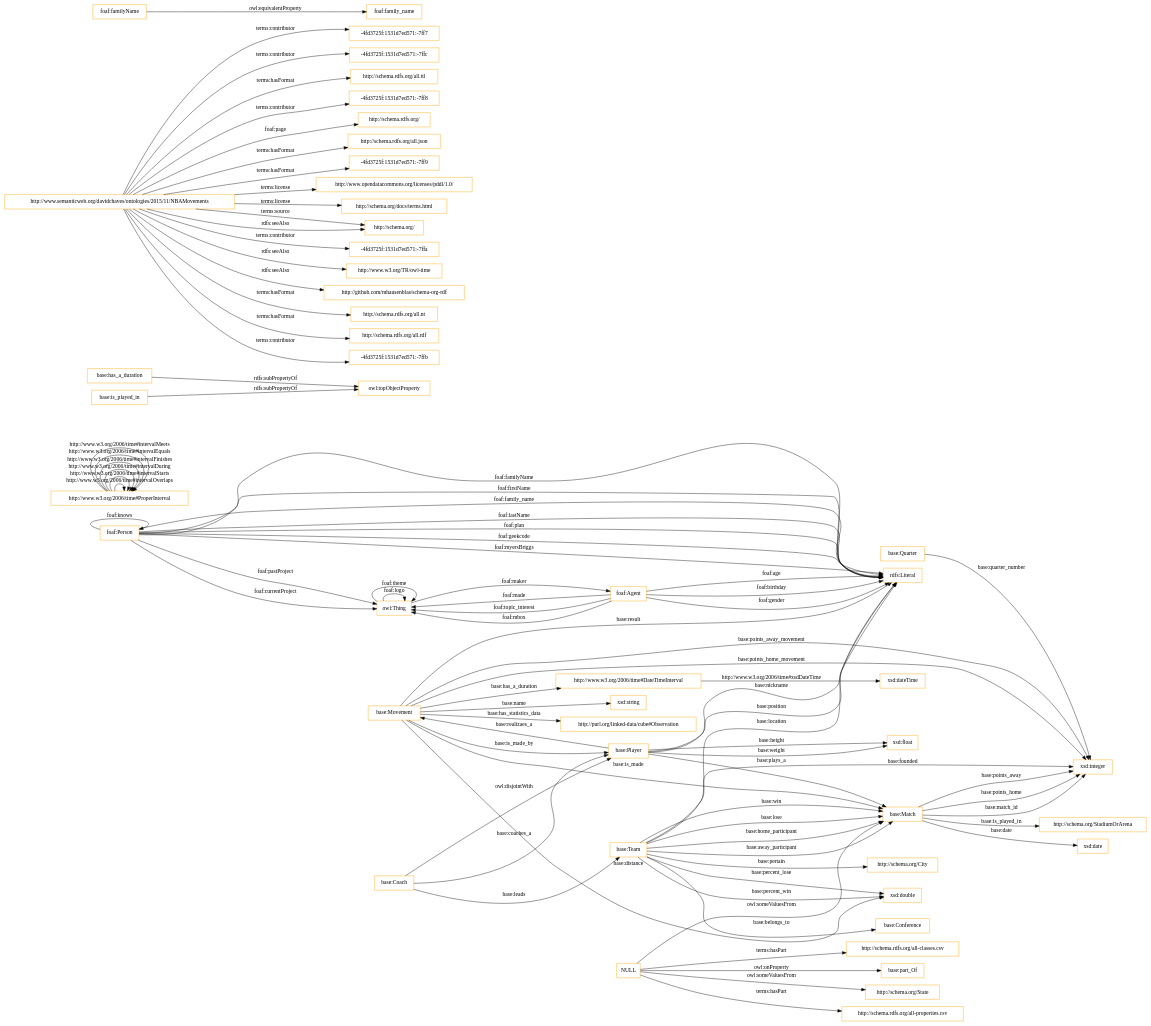
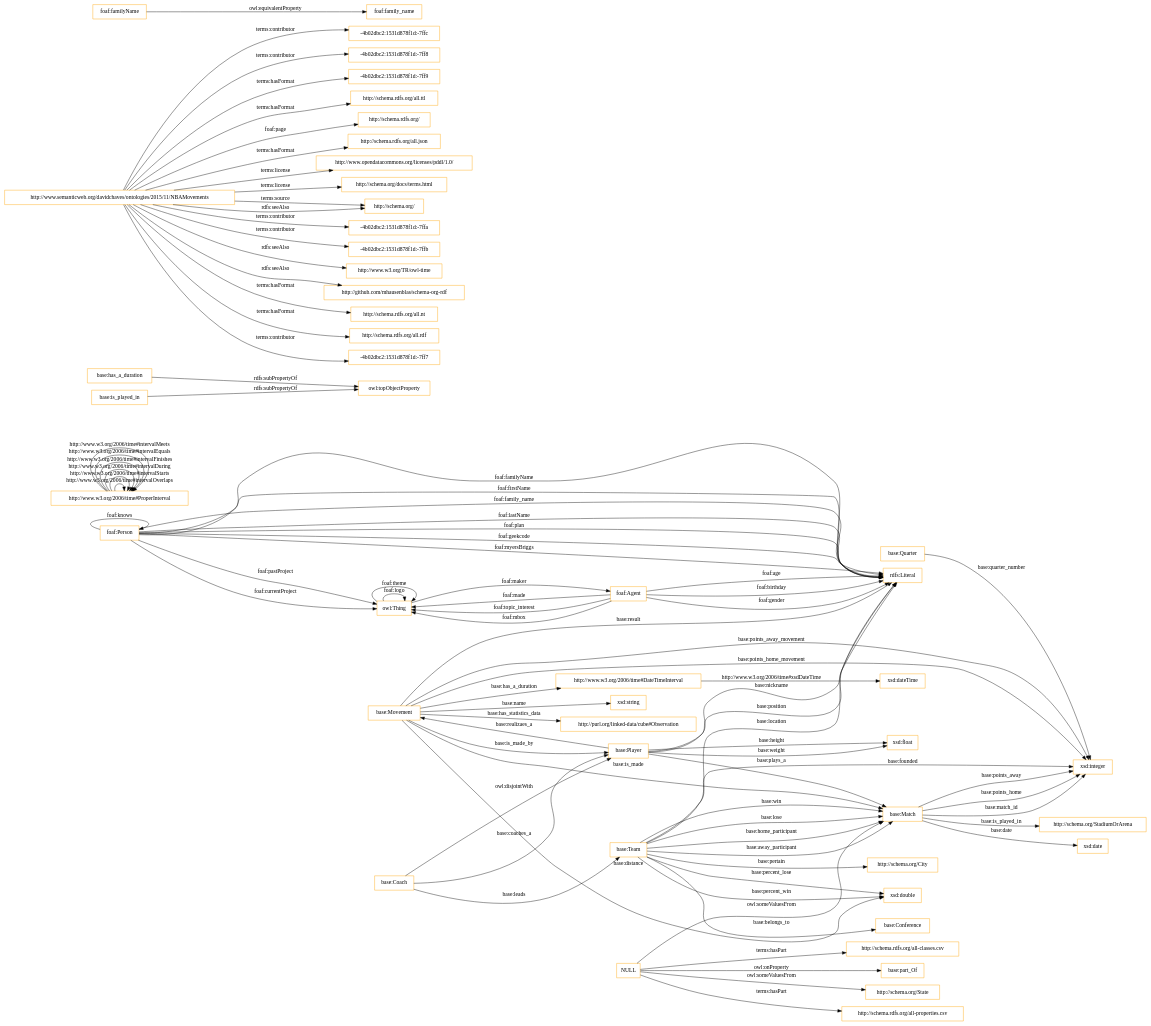
One commit to OnToologyUser/NBAMovements changed the diagram in OnToology/NBAMovementsv2.owl/diagrams/ar2dtool-class/NBAMovementsv2.owl.png.dot. Above: the diagram before and after it, drawn with Graphviz. The commit also changed 4 other files, not shown here.

```diff
--- a/OnToology/NBAMovementsv2.owl/diagrams/ar2dtool-class/NBAMovementsv2.owl.png.dot
+++ b/OnToology/NBAMovementsv2.owl/diagrams/ar2dtool-class/NBAMovementsv2.owl.png.dot
@@ -1,91 +1,91 @@
 digraph ar2dtool_diagram { 
 rankdir=LR;
 size="1501"
 node [shape = rectangle, color="orange"]; "http://www.w3.org/2006/time#DateTimeInterval" "base:Team" "base:Coach" "http://www.w3.org/2006/time#ProperInterval" "http://schema.org/State" "http://schema.org/City" "foaf:Person" "base:Player" "base:Quarter" "http://schema.org/StadiumOrArena" "base:Match" "http://purl.org/linked-data/cube#Observation" "base:Movement" "base:Conference" ; /*classes style*/
 	"base:Coach" -> "base:Player" [ label = "owl:disjointWith" ];
 	"base:has_a_duration" -> "owl:topObjectProperty" [ label = "rdfs:subPropertyOf" ];
-	"http://www.semanticweb.org/davidchaves/ontologies/2015/11/NBAMovements" -> "-4fd3725f:1531d7ed571:-7ff7" [ label = "terms:contributor" ];
-	"http://www.semanticweb.org/davidchaves/ontologies/2015/11/NBAMovements" -> "-4fd3725f:1531d7ed571:-7ffc" [ label = "terms:contributor" ];
+	"http://www.semanticweb.org/davidchaves/ontologies/2015/11/NBAMovements" -> "-4b02dbc2:1531d878f1d:-7ffc" [ label = "terms:contributor" ];
+	"http://www.semanticweb.org/davidchaves/ontologies/2015/11/NBAMovements" -> "-4b02dbc2:1531d878f1d:-7ff8" [ label = "terms:contributor" ];
+	"http://www.semanticweb.org/davidchaves/ontologies/2015/11/NBAMovements" -> "-4b02dbc2:1531d878f1d:-7ff9" [ label = "terms:hasFormat" ];
 	"http://www.semanticweb.org/davidchaves/ontologies/2015/11/NBAMovements" -> "http://schema.rdfs.org/all.ttl" [ label = "terms:hasFormat" ];
-	"http://www.semanticweb.org/davidchaves/ontologies/2015/11/NBAMovements" -> "-4fd3725f:1531d7ed571:-7ff8" [ label = "terms:contributor" ];
 	"http://www.semanticweb.org/davidchaves/ontologies/2015/11/NBAMovements" -> "http://schema.rdfs.org/" [ label = "foaf:page" ];
 	"http://www.semanticweb.org/davidchaves/ontologies/2015/11/NBAMovements" -> "http://schema.rdfs.org/all.json" [ label = "terms:hasFormat" ];
-	"http://www.semanticweb.org/davidchaves/ontologies/2015/11/NBAMovements" -> "-4fd3725f:1531d7ed571:-7ff9" [ label = "terms:hasFormat" ];
 	"http://www.semanticweb.org/davidchaves/ontologies/2015/11/NBAMovements" -> "http://www.opendatacommons.org/licenses/pddl/1.0/" [ label = "terms:license" ];
 	"http://www.semanticweb.org/davidchaves/ontologies/2015/11/NBAMovements" -> "http://schema.org/docs/terms.html" [ label = "terms:license" ];
 	"http://www.semanticweb.org/davidchaves/ontologies/2015/11/NBAMovements" -> "http://schema.org/" [ label = "terms:source" ];
-	"http://www.semanticweb.org/davidchaves/ontologies/2015/11/NBAMovements" -> "-4fd3725f:1531d7ed571:-7ffa" [ label = "terms:contributor" ];
+	"http://www.semanticweb.org/davidchaves/ontologies/2015/11/NBAMovements" -> "-4b02dbc2:1531d878f1d:-7ffa" [ label = "terms:contributor" ];
+	"http://www.semanticweb.org/davidchaves/ontologies/2015/11/NBAMovements" -> "-4b02dbc2:1531d878f1d:-7ffb" [ label = "terms:contributor" ];
 	"http://www.semanticweb.org/davidchaves/ontologies/2015/11/NBAMovements" -> "http://www.w3.org/TR/owl-time" [ label = "rdfs:seeAlso" ];
 	"http://www.semanticweb.org/davidchaves/ontologies/2015/11/NBAMovements" -> "http://schema.org/" [ label = "rdfs:seeAlso" ];
 	"http://www.semanticweb.org/davidchaves/ontologies/2015/11/NBAMovements" -> "http://github.com/mhausenblas/schema-org-rdf" [ label = "rdfs:seeAlso" ];
 	"http://www.semanticweb.org/davidchaves/ontologies/2015/11/NBAMovements" -> "http://schema.rdfs.org/all.nt" [ label = "terms:hasFormat" ];
 	"http://www.semanticweb.org/davidchaves/ontologies/2015/11/NBAMovements" -> "http://schema.rdfs.org/all.rdf" [ label = "terms:hasFormat" ];
-	"http://www.semanticweb.org/davidchaves/ontologies/2015/11/NBAMovements" -> "-4fd3725f:1531d7ed571:-7ffb" [ label = "terms:contributor" ];
+	"http://www.semanticweb.org/davidchaves/ontologies/2015/11/NBAMovements" -> "-4b02dbc2:1531d878f1d:-7ff7" [ label = "terms:contributor" ];
 	"base:is_played_in" -> "owl:topObjectProperty" [ label = "rdfs:subPropertyOf" ];
 	"foaf:familyName" -> "foaf:family_name" [ label = "owl:equivalentProperty" ];
 	"NULL" -> "http://schema.rdfs.org/all-properties.csv" [ label = "terms:hasPart" ];
 	"NULL" -> "http://schema.rdfs.org/all-classes.csv" [ label = "terms:hasPart" ];
 	"NULL" -> "base:Match" [ label = "owl:someValuesFrom" ];
 	"NULL" -> "http://schema.org/State" [ label = "owl:someValuesFrom" ];
 	"NULL" -> "base:part_Of" [ label = "owl:onProperty" ];
 	"base:Team" -> "rdfs:Literal" [ label = "base:location" ];
 	"owl:Thing" -> "foaf:Agent" [ label = "foaf:maker" ];
 	"base:Player" -> "rdfs:Literal" [ label = "base:nickname" ];
 	"base:Player" -> "rdfs:Literal" [ label = "base:position" ];
 	"base:Movement" -> "xsd:integer" [ label = "base:points_home_movement" ];
 	"http://www.w3.org/2006/time#ProperInterval" -> "http://www.w3.org/2006/time#ProperInterval" [ label = "http://www.w3.org/2006/time#intervalOverlaps" ];
 	"owl:Thing" -> "owl:Thing" [ label = "foaf:logo" ];
 	"foaf:Agent" -> "owl:Thing" [ label = "foaf:made" ];
 	"foaf:Agent" -> "rdfs:Literal" [ label = "foaf:birthday" ];
 	"base:Player" -> "base:Movement" [ label = "base:realizaes_a" ];
 	"foaf:Person" -> "rdfs:Literal" [ label = "foaf:familyName" ];
 	"base:Movement" -> "rdfs:Literal" [ label = "base:result" ];
 	"foaf:Person" -> "rdfs:Literal" [ label = "foaf:firstName" ];
 	"base:Team" -> "base:Match" [ label = "base:home_participant" ];
 	"foaf:Person" -> "owl:Thing" [ label = "foaf:currentProject" ];
 	"base:Movement" -> "http://purl.org/linked-data/cube#Observation" [ label = "base:has_statistics_data" ];
 	"http://www.w3.org/2006/time#ProperInterval" -> "http://www.w3.org/2006/time#ProperInterval" [ label = "http://www.w3.org/2006/time#intervalStarts" ];
 	"http://www.w3.org/2006/time#DateTimeInterval" -> "xsd:dateTime" [ label = "http://www.w3.org/2006/time#xsdDateTime" ];
 	"foaf:Agent" -> "owl:Thing" [ label = "foaf:topic_interest" ];
 	"base:Movement" -> "http://www.w3.org/2006/time#DateTimeInterval" [ label = "base:has_a_duration" ];
 	"foaf:Agent" -> "rdfs:Literal" [ label = "foaf:gender" ];
 	"base:Movement" -> "xsd:string" [ label = "base:name" ];
 	"base:Match" -> "xsd:integer" [ label = "base:points_away" ];
 	"base:Team" -> "base:Match" [ label = "base:away_participant" ];
 	"http://www.w3.org/2006/time#ProperInterval" -> "http://www.w3.org/2006/time#ProperInterval" [ label = "http://www.w3.org/2006/time#intervalDuring" ];
 	"base:Team" -> "base:Conference" [ label = "base:belongs_to" ];
 	"http://www.w3.org/2006/time#ProperInterval" -> "http://www.w3.org/2006/time#ProperInterval" [ label = "http://www.w3.org/2006/time#intervalFinishes" ];
 	"base:Coach" -> "base:Player" [ label = "base:coaches_a" ];
 	"base:Team" -> "xsd:integer" [ label = "base:founded" ];
 	"base:Team" -> "base:Match" [ label = "base:win" ];
 	"base:Match" -> "xsd:integer" [ label = "base:points_home" ];
 	"base:Team" -> "xsd:double" [ label = "base:percent_win" ];
 	"foaf:Person" -> "rdfs:Literal" [ label = "foaf:family_name" ];
 	"base:Movement" -> "xsd:double" [ label = "base:distance" ];
 	"base:Player" -> "xsd:float" [ label = "base:weight" ];
 	"base:Team" -> "base:Match" [ label = "base:lose" ];
 	"owl:Thing" -> "owl:Thing" [ label = "foaf:theme" ];
 	"base:Match" -> "xsd:date" [ label = "base:date" ];
 	"foaf:Agent" -> "rdfs:Literal" [ label = "foaf:age" ];
 	"foaf:Agent" -> "owl:Thing" [ label = "foaf:mbox" ];
 	"foaf:Person" -> "rdfs:Literal" [ label = "foaf:lastName" ];
 	"base:Team" -> "xsd:double" [ label = "base:percent_lose" ];
 	"http://www.w3.org/2006/time#ProperInterval" -> "http://www.w3.org/2006/time#ProperInterval" [ label = "http://www.w3.org/2006/time#intervalEquals" ];
 	"foaf:Person" -> "owl:Thing" [ label = "foaf:pastProject" ];
 	"base:Match" -> "xsd:integer" [ label = "base:match_id" ];
 	"base:Movement" -> "base:Player" [ label = "base:is_made_by" ];
 	"base:Match" -> "http://schema.org/StadiumOrArena" [ label = "base:is_played_in" ];
 	"foaf:Person" -> "foaf:Person" [ label = "foaf:knows" ];
 	"base:Player" -> "base:Match" [ label = "base:plays_a" ];
 	"foaf:Person" -> "rdfs:Literal" [ label = "foaf:plan" ];
 	"foaf:Person" -> "rdfs:Literal" [ label = "foaf:geekcode" ];
 	"base:Team" -> "http://schema.org/City" [ label = "base:pertain" ];
 	"base:Quarter" -> "xsd:integer" [ label = "base:quarter_number" ];
 	"base:Coach" -> "base:Team" [ label = "base:leads" ];
 	"base:Movement" -> "base:Match" [ label = "base:is_made" ];
 	"http://www.w3.org/2006/time#ProperInterval" -> "http://www.w3.org/2006/time#ProperInterval" [ label = "http://www.w3.org/2006/time#intervalMeets" ];
 	"base:Player" -> "xsd:float" [ label = "base:height" ];
 	"base:Movement" -> "xsd:integer" [ label = "base:points_away_movement" ];
 	"foaf:Person" -> "rdfs:Literal" [ label = "foaf:myersBriggs" ];
 
 }
```
